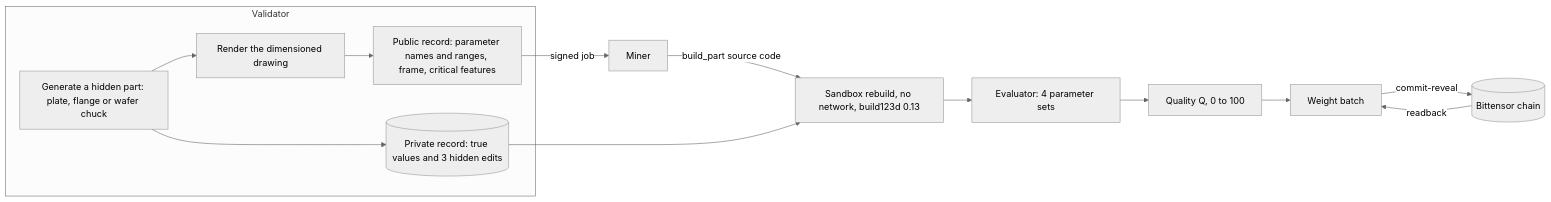
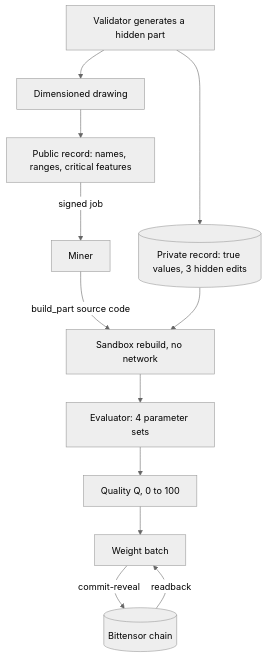
One commit to soumyacodes007/kova changed the first of 3 diagrams in README.md. Above: the diagram before and after it, drawn with Mermaid (neutral theme). The commit also changed other lines of this file, not shown here.

Commit message:
[C] README: vertical pipeline diagram and shorter match steps so GitHub renders them legibly

````diff
--- a/README.md
+++ b/README.md
@@ -38,16 +38,14 @@
 ```mermaid
-flowchart LR
-    subgraph VAL["Validator"]
-        G["Generate a hidden part: plate, flange or wafer chuck"] --> D["Render the dimensioned drawing"]
-        G --> P[("Private record: true values and 3 hidden edits")]
-        D --> PUB["Public record: parameter names and ranges, frame, critical features"]
-    end
+flowchart TB
+    G["Validator generates a hidden part"] --> D["Dimensioned drawing"]
+    G --> P[("Private record: true values, 3 hidden edits")]
+    D --> PUB["Public record: names, ranges, critical features"]
     PUB -->|"signed job"| M["Miner"]
-    M -->|"build_part source code"| S["Sandbox rebuild, no network, build123d 0.13"]
+    M -->|"build_part source code"| S["Sandbox rebuild, no network"]
     P --> S
     S --> E["Evaluator: 4 parameter sets"]
     E --> Q["Quality Q, 0 to 100"]
     Q --> W["Weight batch"]
     W -->|"commit-reveal"| C[("Bittensor chain")]
     C -->|"readback"| W
 ```
````
